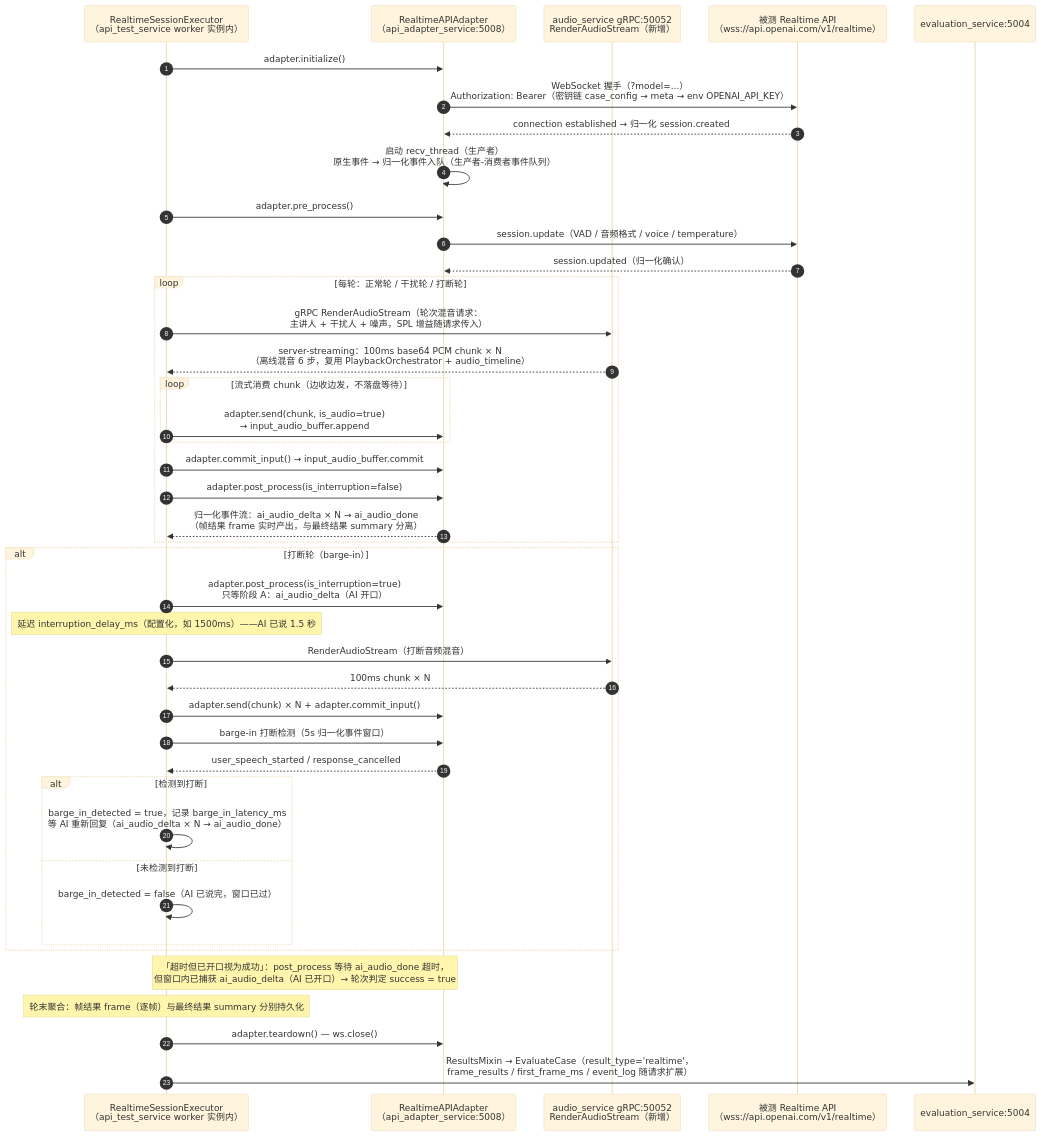
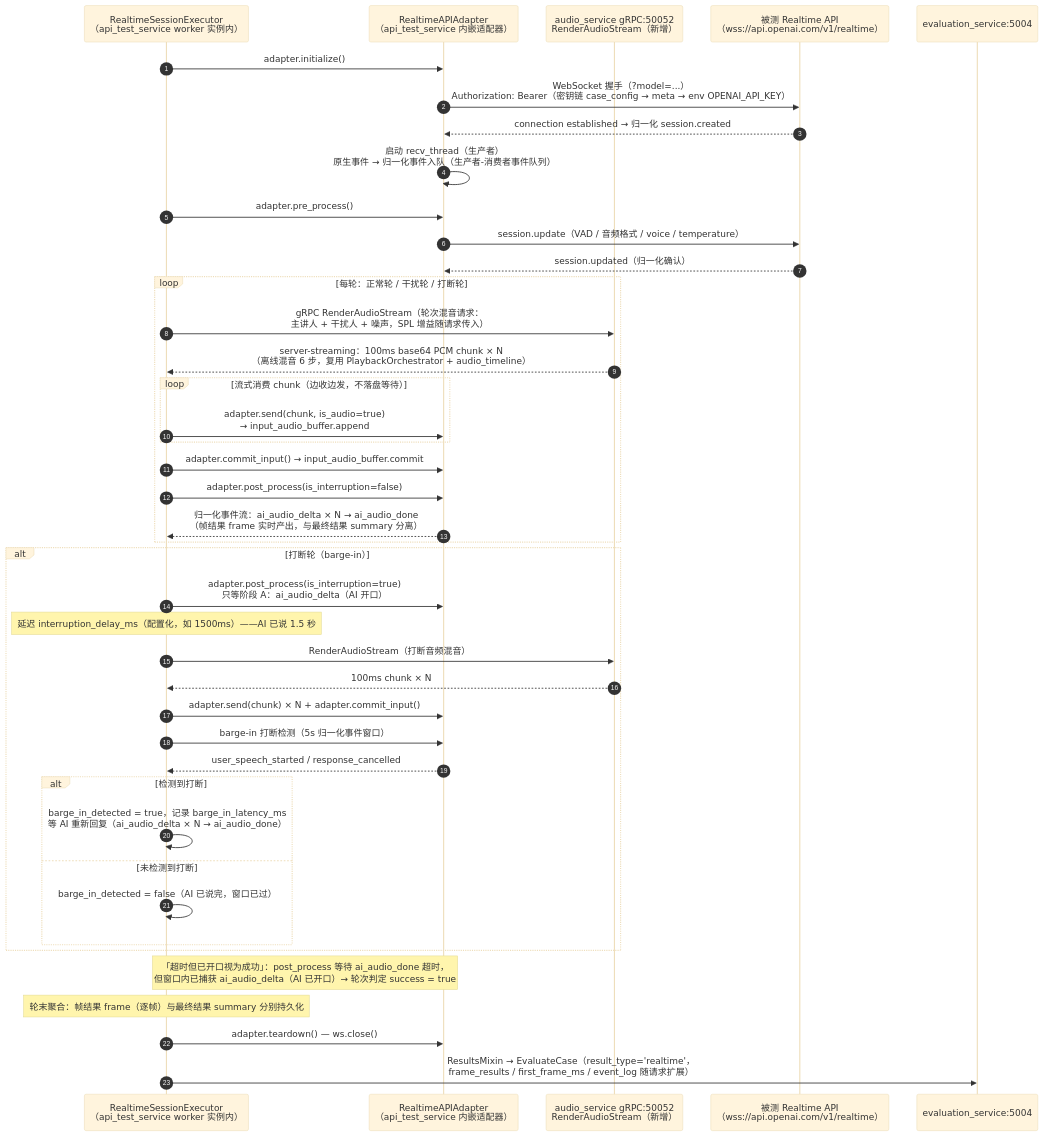
The third of 8 diagrams in Intelligent-Audio-TEST/doc/功能设计文档/01_测试执行/03_流程图.md (ydz-auto/intelligent_audio_test), drawn with Mermaid (base theme) before and after one commit. The commit also changed other lines of this file and 164 other files, not shown here.

First line of the commit message:
INT-1176: 重构·API适配·实施——api_adapter_service 删除实施：HTTP 执行内嵌 api_test_service（迁移+删除）

````diff
--- a/Intelligent-Audio-TEST/doc/功能设计文档/01_测试执行/03_流程图.md
+++ b/Intelligent-Audio-TEST/doc/功能设计文档/01_测试执行/03_流程图.md
@@ -147,50 +147,50 @@
 ```mermaid
 sequenceDiagram
     autonumber
     participant RSE as RealtimeSessionExecutor<br/>（api_test_service worker 实例内）
-    participant AD as RealtimeAPIAdapter<br/>（api_adapter_service:5008）
+    participant AD as RealtimeAPIAdapter<br/>（api_test_service 内嵌适配器）
     participant AU as audio_service gRPC:50052<br/>RenderAudioStream（新增）
     participant WS as 被测 Realtime API<br/>（wss://api.openai.com/v1/realtime）
     participant EV as evaluation_service:5004
 
     RSE->>AD: adapter.initialize()
     AD->>WS: WebSocket 握手（?model=...）<br/>Authorization: Bearer（密钥链 case_config → meta → env OPENAI_API_KEY）
     WS-->>AD: connection established → 归一化 session.created
     AD->>AD: 启动 recv_thread（生产者）<br/>原生事件 → 归一化事件入队（生产者-消费者事件队列）
 
     RSE->>AD: adapter.pre_process()
     AD->>WS: session.update（VAD / 音频格式 / voice / temperature）
     WS-->>AD: session.updated（归一化确认）
 
     loop 每轮：正常轮 / 干扰轮 / 打断轮
         RSE->>AU: gRPC RenderAudioStream（轮次混音请求：<br/>主讲人 + 干扰人 + 噪声，SPL 增益随请求传入）
         AU-->>RSE: server-streaming：100ms base64 PCM chunk × N<br/>（离线混音 6 步，复用 PlaybackOrchestrator + audio_timeline）
         loop 流式消费 chunk（边收边发，不落盘等待）
             RSE->>AD: adapter.send(chunk, is_audio=true)<br/>→ input_audio_buffer.append
         end
         RSE->>AD: adapter.commit_input() → input_audio_buffer.commit
         RSE->>AD: adapter.post_process(is_interruption=false)
         AD-->>RSE: 归一化事件流：ai_audio_delta × N → ai_audio_done<br/>（帧结果 frame 实时产出，与最终结果 summary 分离）
     end
 
     alt 打断轮（barge-in）
         RSE->>AD: adapter.post_process(is_interruption=true)<br/>只等阶段 A：ai_audio_delta（AI 开口）
         Note over RSE: 延迟 interruption_delay_ms（配置化，如 1500ms）——AI 已说 1.5 秒
         RSE->>AU: RenderAudioStream（打断音频混音）
         AU-->>RSE: 100ms chunk × N
         RSE->>AD: adapter.send(chunk) × N + adapter.commit_input()
         RSE->>AD: barge-in 打断检测（5s 归一化事件窗口）
         AD-->>RSE: user_speech_started / response_cancelled
         alt 检测到打断
             RSE->>RSE: barge_in_detected = true，记录 barge_in_latency_ms<br/>等 AI 重新回复（ai_audio_delta × N → ai_audio_done）
         else 未检测到打断
             RSE->>RSE: barge_in_detected = false（AI 已说完，窗口已过）
         end
     end
 
     Note over RSE,AD: 「超时但已开口视为成功」：post_process 等待 ai_audio_done 超时，<br/>但窗口内已捕获 ai_audio_delta（AI 已开口）→ 轮次判定 success = true
     Note over RSE: 轮末聚合：帧结果 frame（逐帧）与最终结果 summary 分别持久化
 
     RSE->>AD: adapter.teardown() — ws.close()
     RSE->>EV: ResultsMixin → EvaluateCase（result_type='realtime'，<br/>frame_results / first_frame_ms / event_log 随请求扩展）
 ```
````
